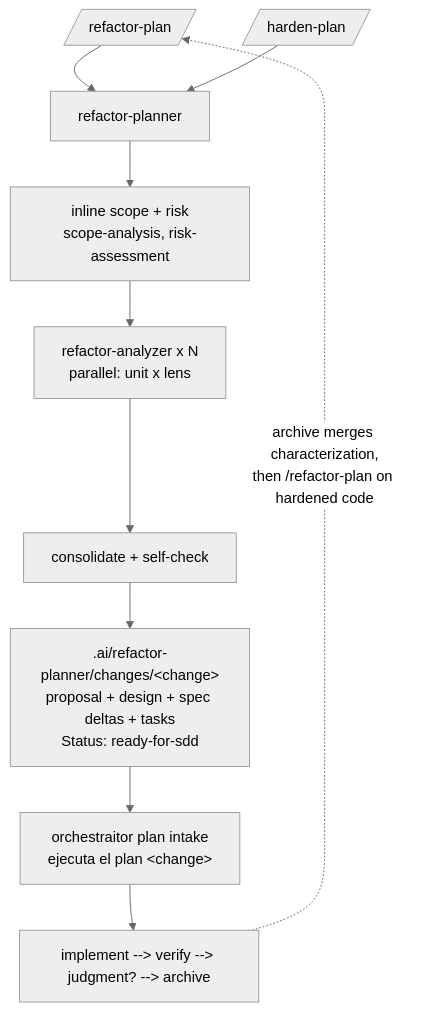
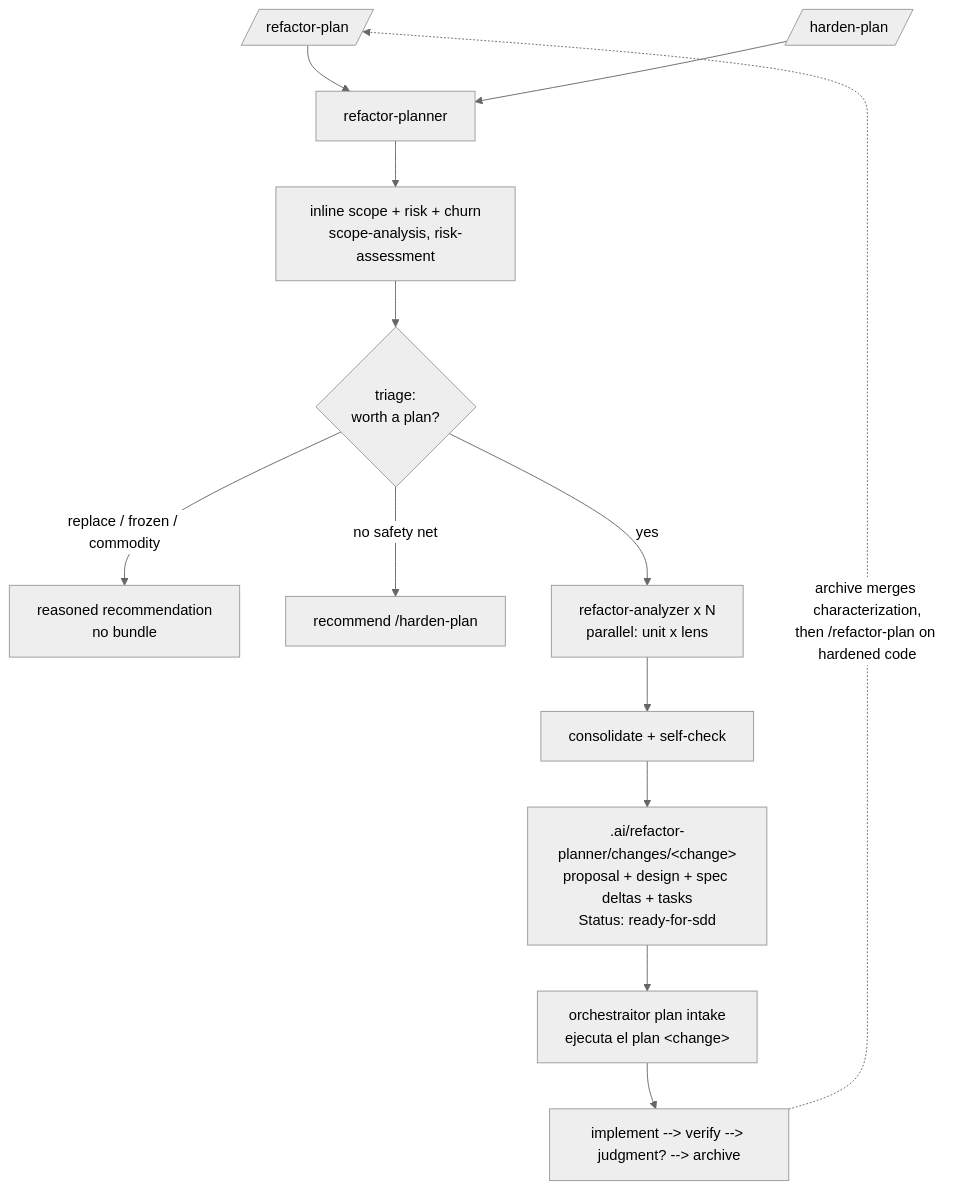
Before and after one commit to andresnator/agents-orchestrator: the diagram in domains/refactor/README.md, drawn with Mermaid (neutral theme). The commit also changed other lines of this file and 25 other files, not shown here.

First line of the commit message:
Update skills for architecture impact review, behavior characterization, and dependency seam detection

````diff
--- a/domains/refactor/README.md
+++ b/domains/refactor/README.md
@@ -43,12 +43,15 @@
 ```mermaid
 graph TD
   refactor[/refactor-plan/] --> planner[refactor-planner]
   harden[/harden-plan/] --> planner
-  planner --> scope[inline scope + risk<br/>scope-analysis, risk-assessment]
-  scope --> fanout[refactor-analyzer x N<br/>parallel: unit x lens]
+  planner --> scope[inline scope + risk + churn<br/>scope-analysis, risk-assessment]
+  scope --> triage{triage:<br/>worth a plan?}
+  triage -->|replace / frozen / commodity| rec[reasoned recommendation<br/>no bundle]
+  triage -->|no safety net| hardenhint[recommend /harden-plan]
+  triage -->|yes| fanout[refactor-analyzer x N<br/>parallel: unit x lens]
   fanout --> consolidate[consolidate + self-check]
   consolidate --> bundle[".ai/refactor-planner/changes/&lt;change&gt;<br/>proposal + design + spec deltas + tasks<br/>Status: ready-for-sdd"]
   bundle --> adopt[orchestraitor plan intake<br/>ejecuta el plan &lt;change&gt;]
   adopt --> sdd[implement --> verify --> judgment? --> archive]
   sdd -.->|archive merges characterization,<br/>then /refactor-plan on hardened code| refactor
 ```
````
